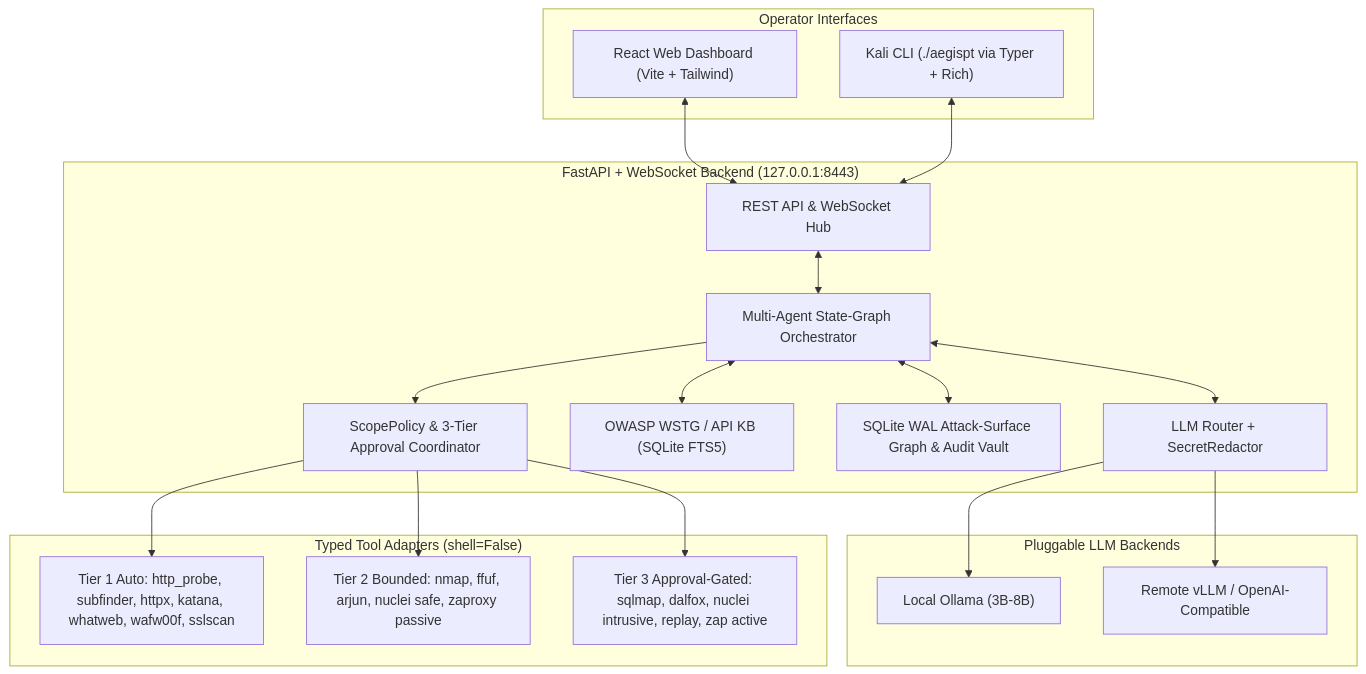
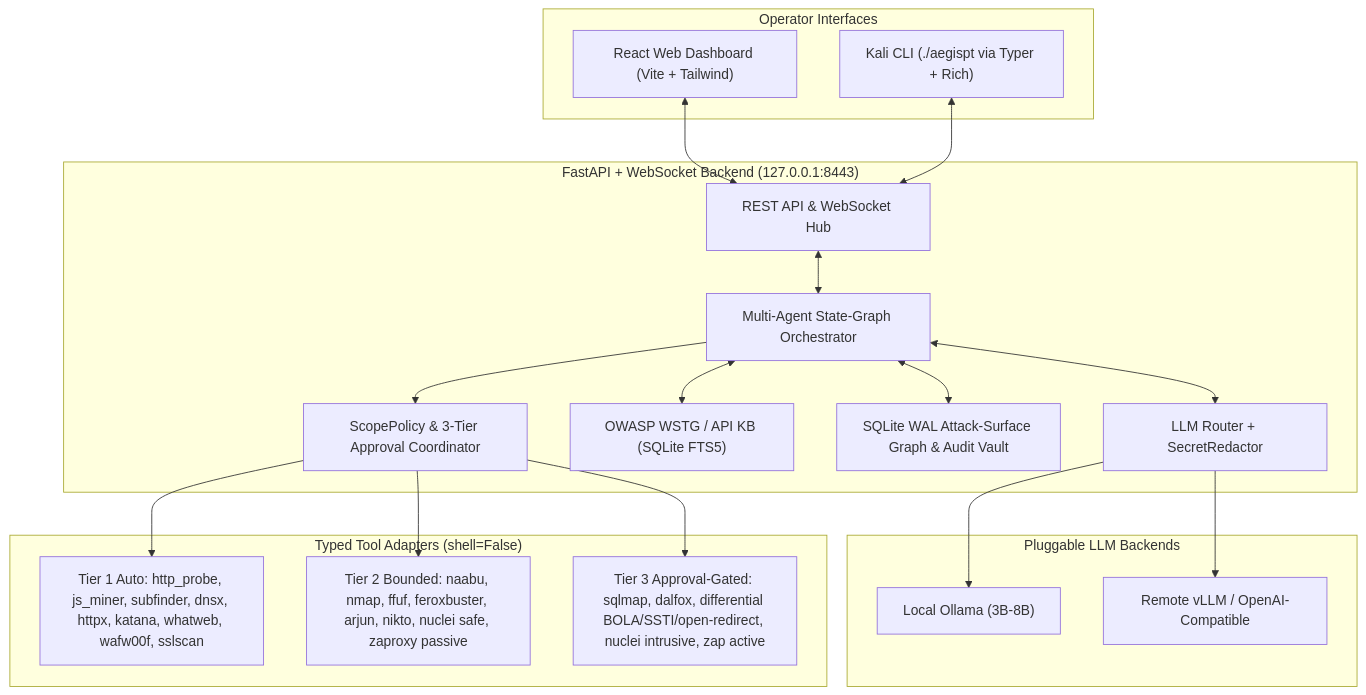
Before and after one commit to willygailo/AI-ko: the first of 2 diagrams in README.md, drawn with Mermaid. The commit also changed other lines of this file and 27 other files, not shown here.

````diff
--- a/README.md
+++ b/README.md
@@ -41,40 +41,40 @@
 ```mermaid
 flowchart TD
     subgraph Interfaces["Operator Interfaces"]
         WEB["React Web Dashboard (Vite + Tailwind)"]
         CLI["Kali CLI (./aegispt via Typer + Rich)"]
     end
 
     subgraph Core["FastAPI + WebSocket Backend (127.0.0.1:8443)"]
         API["REST API & WebSocket Hub"]
         ORCH["Multi-Agent State-Graph Orchestrator"]
         POL["ScopePolicy & 3-Tier Approval Coordinator"]
         KB["OWASP WSTG / API KB (SQLite FTS5)"]
         DB["SQLite WAL Attack-Surface Graph & Audit Vault"]
         LLM["LLM Router + SecretRedactor"]
     end
 
     subgraph Models["Pluggable LLM Backends"]
         OLLAMA["Local Ollama (3B-8B)"]
         REMOTE["Remote vLLM / OpenAI-Compatible"]
     end
 
     subgraph Tools["Typed Tool Adapters (shell=False)"]
-        T1["Tier 1 Auto: http_probe, subfinder, httpx, katana, whatweb, wafw00f, sslscan"]
-        T2["Tier 2 Bounded: nmap, ffuf, arjun, nuclei safe, zaproxy passive"]
-        T3["Tier 3 Approval-Gated: sqlmap, dalfox, nuclei intrusive, replay, zap active"]
+        T1["Tier 1 Auto: http_probe, js_miner, subfinder, dnsx, httpx, katana, whatweb, wafw00f, sslscan"]
+        T2["Tier 2 Bounded: naabu, nmap, ffuf, feroxbuster, arjun, nikto, nuclei safe, zaproxy passive"]
+        T3["Tier 3 Approval-Gated: sqlmap, dalfox, differential BOLA/SSTI/open-redirect, nuclei intrusive, zap active"]
     end
 
     WEB <--> API
     CLI <--> API
     API <--> ORCH
     ORCH <--> KB
     ORCH <--> DB
     ORCH <--> LLM
     LLM --> OLLAMA
     LLM --> REMOTE
     ORCH --> POL
     POL --> T1
     POL --> T2
     POL --> T3
 ```
````
